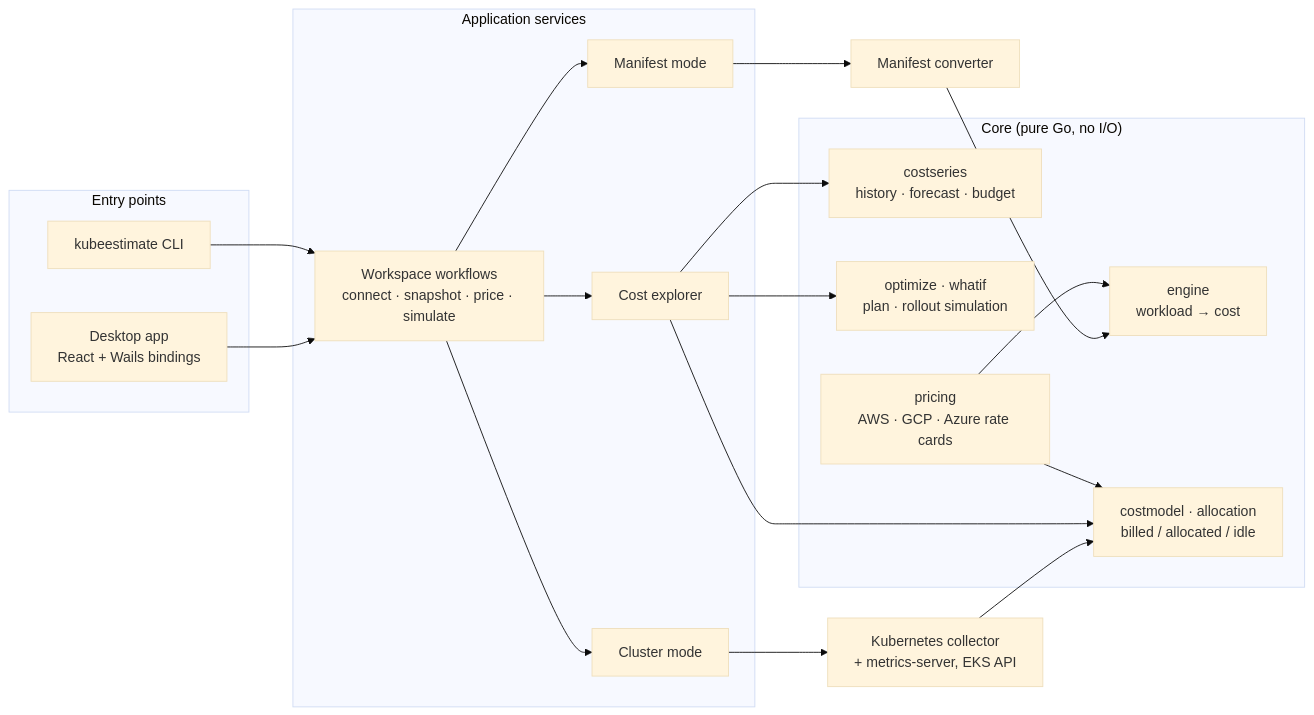
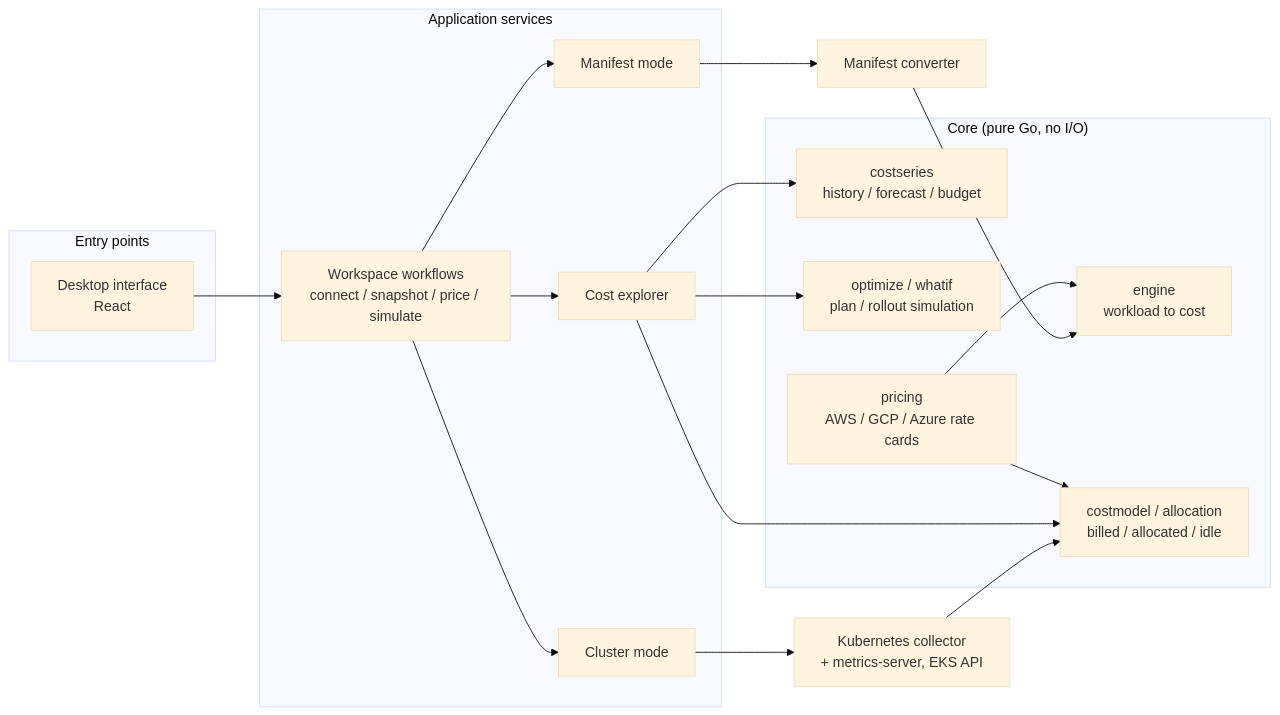
One commit to Kilianrm/kube-budget changed the diagram in README.md. Above: the diagram before and after it, drawn with Mermaid (base theme). The commit also changed other lines of this file and 7 other files, not shown here.

````diff
--- a/README.md
+++ b/README.md
@@ -44,31 +29,30 @@
 ```mermaid
 flowchart LR
     subgraph Entry["Entry points"]
-        App["Desktop app<br/>React + Wails bindings"]
-        CLI["kubeestimate CLI"]
+        App["Desktop interface<br/>React"]
     end
 
     subgraph Services["Application services"]
-        Workspace["Workspace workflows<br/>connect · snapshot · price · simulate"]
+        Workspace["Workspace workflows<br/>connect / snapshot / price / simulate"]
         Manifest["Manifest mode"]
         Cluster["Cluster mode"]
         Explorer["Cost explorer"]
     end
 
     subgraph Core["Core (pure Go, no I/O)"]
-        Engine["engine<br/>workload → cost"]
-        Model["costmodel · allocation<br/>billed / allocated / idle"]
-        Series["costseries<br/>history · forecast · budget"]
-        Optimize["optimize · whatif<br/>plan · rollout simulation"]
-        Pricing["pricing<br/>AWS · GCP · Azure rate cards"]
+        Engine["engine<br/>workload to cost"]
+        Model["costmodel / allocation<br/>billed / allocated / idle"]
+        Series["costseries<br/>history / forecast / budget"]
+        Optimize["optimize / whatif<br/>plan / rollout simulation"]
+        Pricing["pricing<br/>AWS / GCP / Azure rate cards"]
     end
 
-    App & CLI --> Workspace
+    App --> Workspace
     Workspace --> Manifest & Cluster & Explorer
     Manifest --> Converter["Manifest converter"]
     Cluster --> Collector["Kubernetes collector<br/>+ metrics-server, EKS API"]
     Converter --> Engine
     Collector --> Model
     Explorer --> Model & Series & Optimize
     Pricing --> Engine & Model
 ```
````
